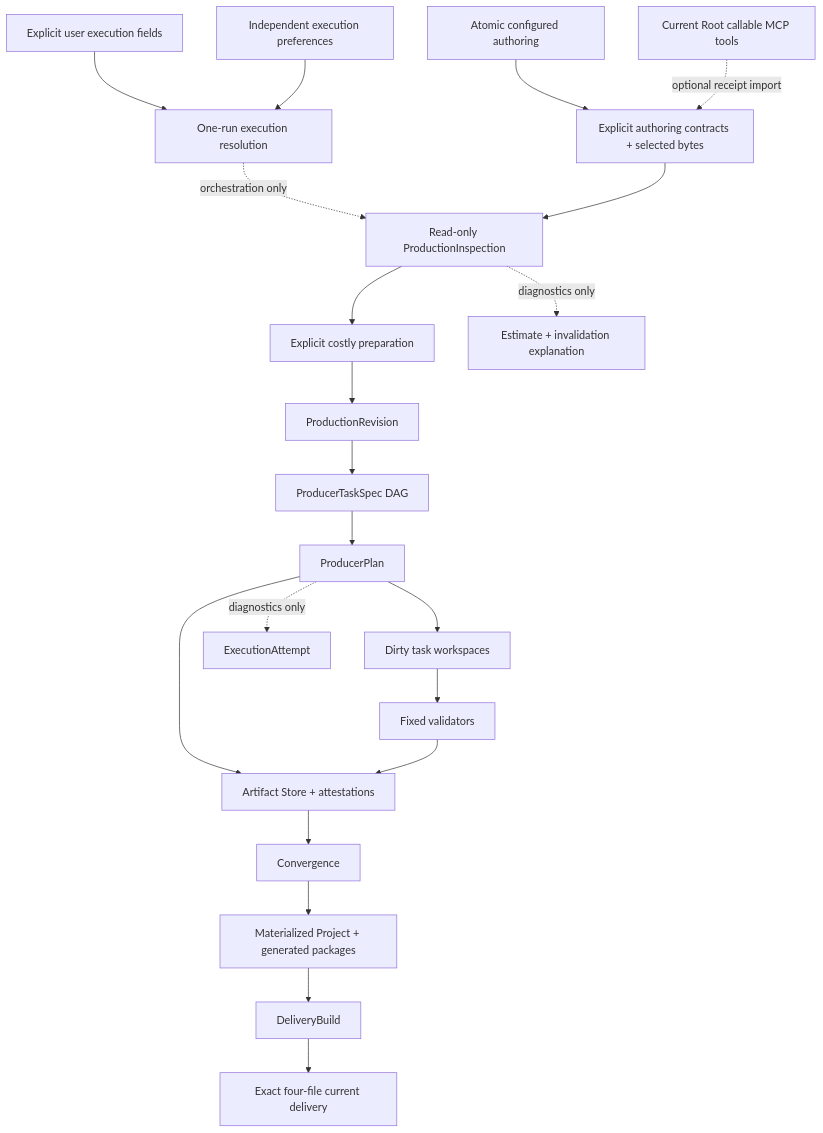
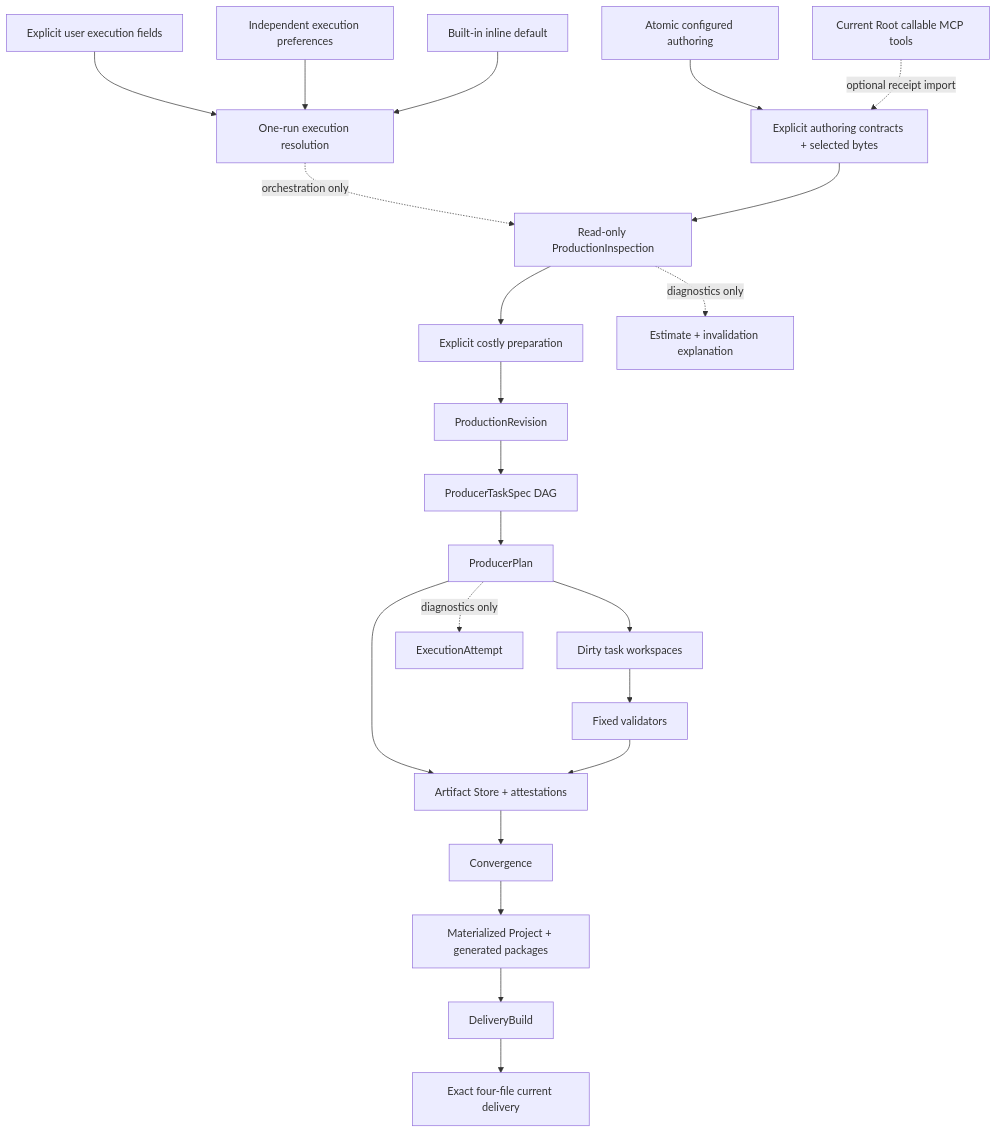
The diagram in docs/ARCHITECTURE.md (AXMORF/axmorf-studio), drawn with Mermaid before and after one commit. The commit also changed other lines of this file and 26 other files, not shown here.

````diff
--- a/docs/ARCHITECTURE.md
+++ b/docs/ARCHITECTURE.md
@@ -30,23 +33,24 @@
 ```mermaid
 flowchart TD
   Create[Atomic configured authoring] --> Inputs[Explicit authoring contracts + selected bytes]
   AgentTools[Current Root callable MCP tools] -. optional receipt import .-> Inputs
   Prompt[Explicit user execution fields] --> Execution[One-run execution resolution]
   Settings[Independent execution preferences] --> Execution
+  Builtin[Built-in inline default] --> Execution
   Execution -. orchestration only .-> Inspection
   Inputs --> Inspection[Read-only ProductionInspection]
   Inspection --> Prepare[Explicit costly preparation]
   Prepare --> Revision[ProductionRevision]
   Revision --> Tasks[ProducerTaskSpec DAG]
   Tasks --> Plan[ProducerPlan]
   Plan --> Work[Dirty task workspaces]
   Plan --> Artifacts[Reused artifacts]
   Work --> Validator[Fixed validators]
   Validator --> Artifacts[Artifact Store + attestations]
   Artifacts --> Converge[Convergence]
   Converge --> Live[Materialized Project + generated packages]
   Live --> Delivery[DeliveryBuild]
   Delivery --> Current[Exact four-file current delivery]
   Inspection -. diagnostics only .-> Explanation[Estimate + invalidation explanation]
   Plan -. diagnostics only .-> Attempt[ExecutionAttempt]
 ```
````
